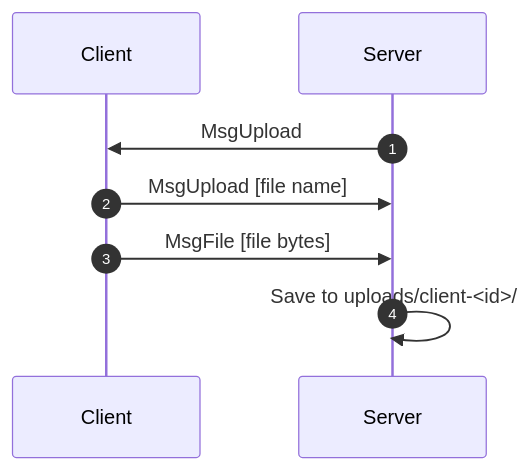
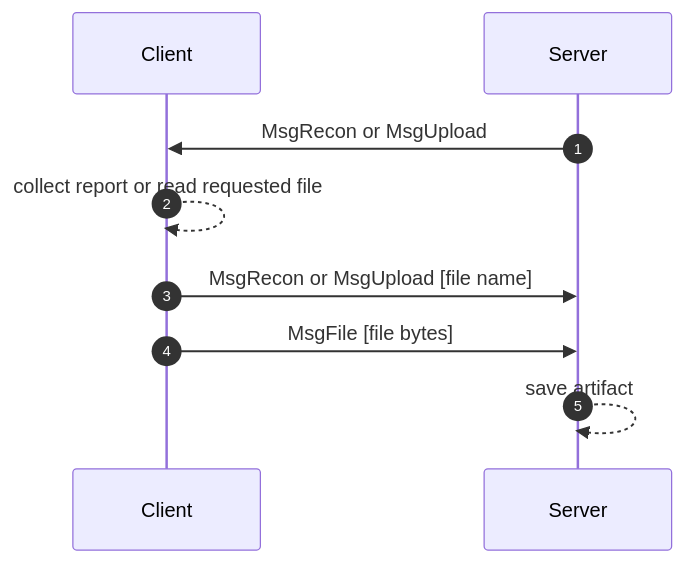
One commit to SignorMercurio/siren_docs changed the second of 6 diagrams in content/docs/(siren)/protocol.mdx. Above: the diagram before and after it, drawn with Mermaid. The commit also changed other lines of this file and 41 other files, not shown here.

````diff
--- a/content/docs/(siren)/protocol.mdx
+++ b/content/docs/(siren)/protocol.mdx
@@ -98,10 +113,11 @@
 ```mermaid
 sequenceDiagram
     autonumber
     participant C as Client
     participant S as Server
-    S->>C: MsgUpload
-    C->>S: MsgUpload [file name]
+    S->>C: MsgRecon or MsgUpload
+    C-->>C: collect report or read requested file
+    C->>S: MsgRecon or MsgUpload [file name]
     C->>S: MsgFile [file bytes]
-    S->>S: Save to uploads/client-<id>/
+    S-->>S: save artifact
 ```
````
